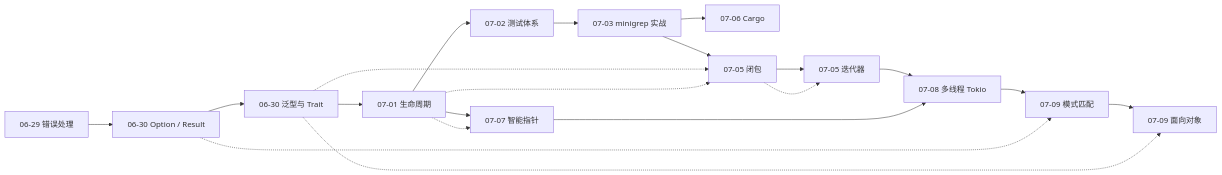
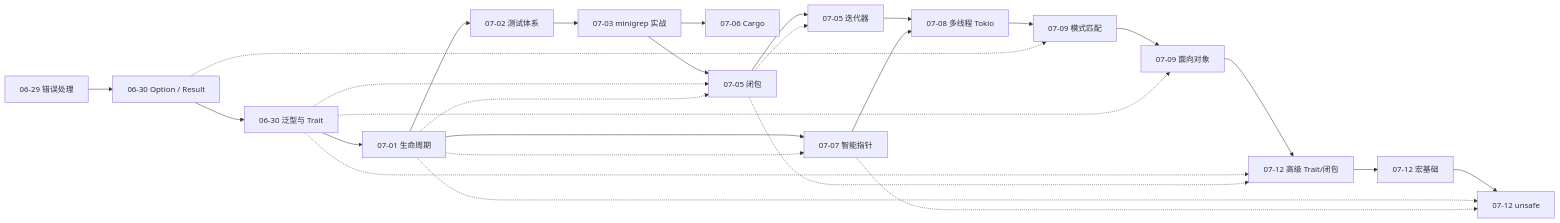
Before and after one commit to lliusshijjie/Rust_xmind: the diagram in README.md, drawn with Mermaid. The commit also changed other lines of this file and 3 other files, not shown here.

Commit message:
Add advanced trait, macro, and unsafe notes; update README knowledge graph.

````diff
--- a/README.md
+++ b/README.md
@@ -7,23 +7,30 @@
 ```mermaid
 graph LR
     A["06-29 错误处理"] --> B["06-30 Option / Result"]
     B --> C["06-30 泛型与 Trait"]
     C --> D["07-01 生命周期"]
     D --> E["07-02 测试体系"]
     E --> F["07-03 minigrep 实战"]
     F --> I["07-06 Cargo"]
     F --> G["07-05 闭包"]
     G --> H["07-05 迭代器"]
     H --> J["07-08 多线程 Tokio"]
     J --> L["07-09 模式匹配"]
     L --> M["07-09 面向对象"]
+    M --> N["07-12 高级 Trait/闭包"]
+    N --> O["07-12 宏基础"]
+    O --> P["07-12 unsafe"]
     D --> K["07-07 智能指针"]
     K --> J
 
     B -.-> L
     C -.-> M
+    C -.-> N
     C -.-> G
+    G -.-> N
+    G -.-> H
     D -.-> G
-    G -.-> H
+    D -.-> P
     D -.-> K
+    K -.-> P
 ```
````
